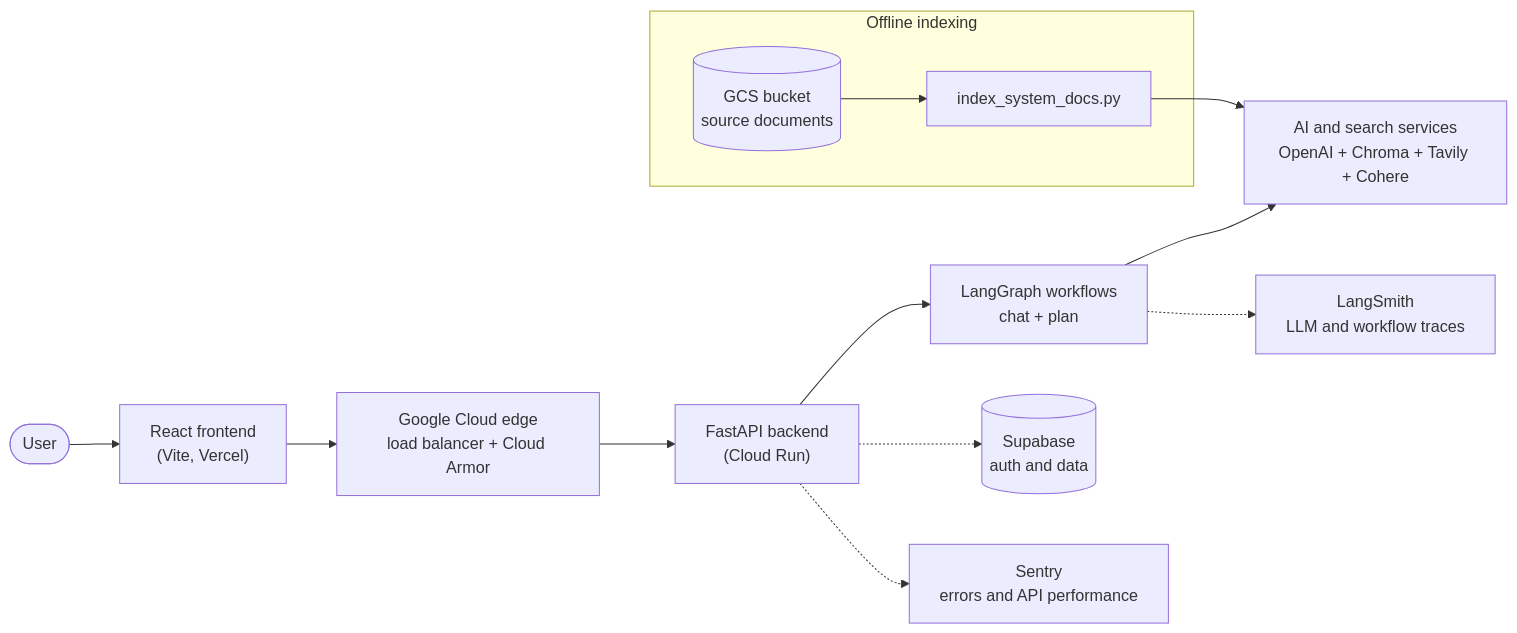
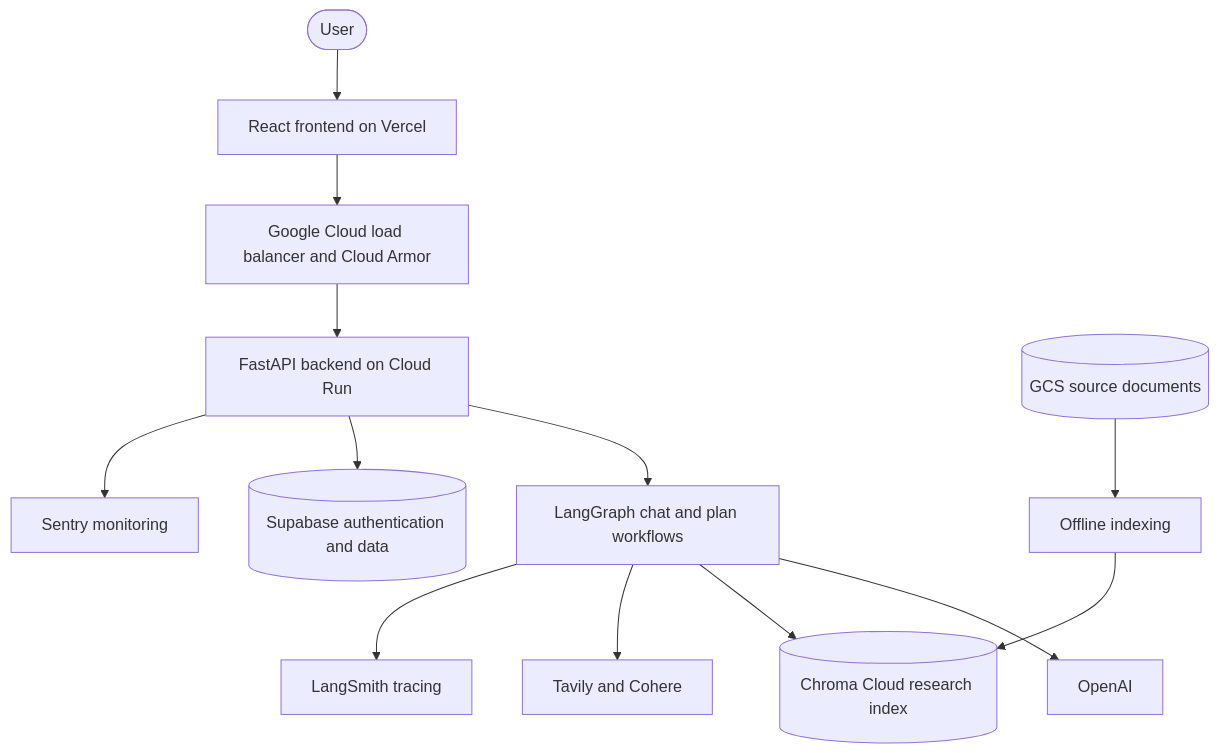
The first of 3 diagrams in README.md (xurichard19/strength-and-conditioning-rag), drawn with Mermaid before and after one commit. The commit also changed other lines of this file, not shown here.

Commit message:
Refresh README architecture diagrams
Update the Mermaid diagrams in the README to match the current system architecture and workflow design. This clarifies the relationships between the frontend, edge, backend, AI/search services, Supabase, monitoring, and offline indexing components for both chat and workout planning flows.

````diff
--- a/README.md
+++ b/README.md
@@ -9,17 +9,15 @@
 ```mermaid
-flowchart LR
-    User(["User"]) --> FE["React frontend<br/>(Vite, Vercel)"]
-    FE --> Edge["Google Cloud edge<br/>load balancer + Cloud Armor"]
-    Edge --> API["FastAPI backend<br/>(Cloud Run)"]
-
-    API --> Workflows["LangGraph workflows<br/>chat + plan"]
-    Workflows --> AI["AI and search services<br/>OpenAI + Chroma + Tavily + Cohere"]
-    API -.-> Supabase[("Supabase<br/>auth and data")]
-    API -.-> Sentry["Sentry<br/>errors and API performance"]
-    Workflows -.-> LangSmith["LangSmith<br/>LLM and workflow traces"]
-
-    subgraph Ingestion["Offline indexing"]
-        Docs[("GCS bucket<br/>source documents")] --> Index["index_system_docs.py"]
-    end
-    Index --> AI
+flowchart TB
+    User(["User"]) --> FE["React frontend on Vercel"]
+    FE --> Edge["Google Cloud load balancer and Cloud Armor"]
+    Edge --> API["FastAPI backend on Cloud Run"]
+    API --> Workflows["LangGraph chat and plan workflows"]
+    API --> Supabase[("Supabase authentication and data")]
+    API --> Sentry["Sentry monitoring"]
+    Workflows --> OpenAI["OpenAI"]
+    Workflows --> Chroma[("Chroma Cloud research index")]
+    Workflows --> SearchServices["Tavily and Cohere"]
+    Workflows --> LangSmith["LangSmith tracing"]
+    Docs[("GCS source documents")] --> Index["Offline indexing"]
+    Index --> Chroma
 ```
````
